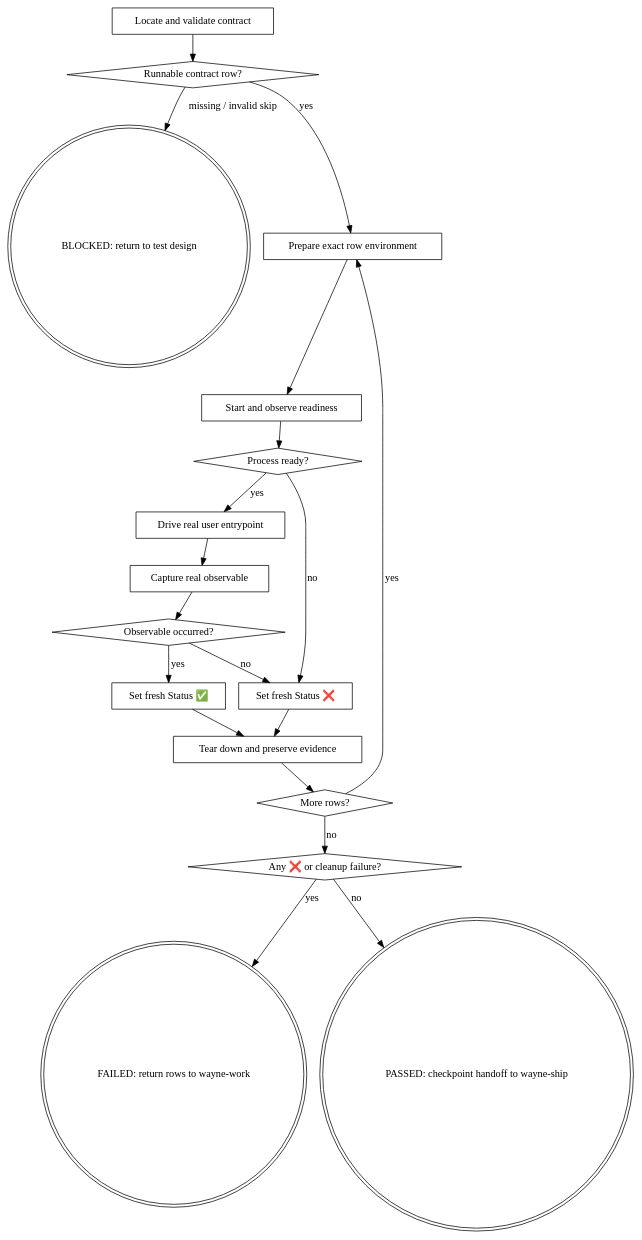
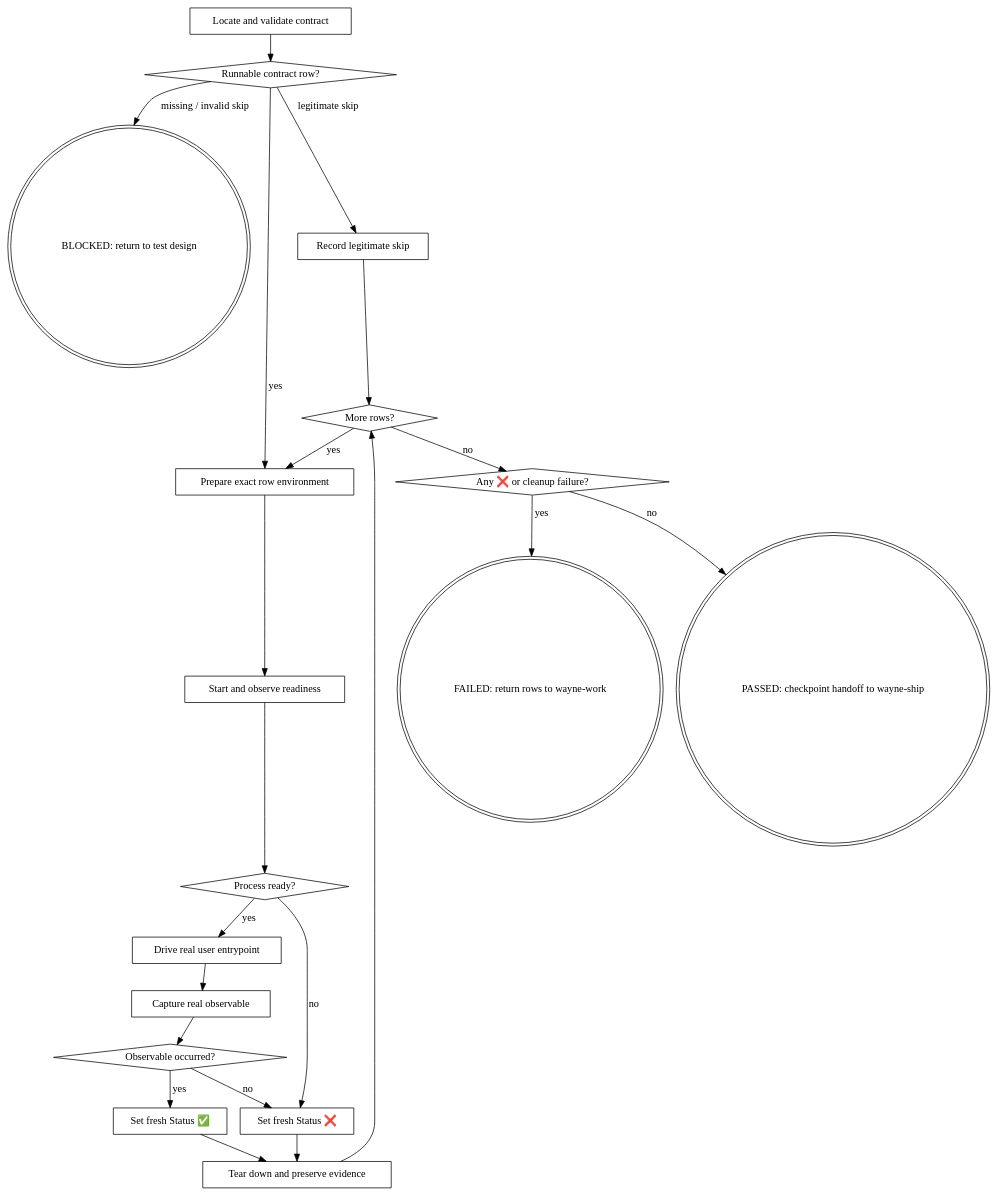
The diagram in wayne-verify/SKILL.md (waynejing995/wayne-taste), drawn with Graphviz before and after one commit. The commit also changed other lines of this file and 13 other files, not shown here.

First line of the commit message:
fix:/wayne-verify - restore legitimate skip flow

````diff
--- a/wayne-verify/SKILL.md
+++ b/wayne-verify/SKILL.md
@@ -24,40 +24,43 @@
 ```dot
 digraph verify {
     rankdir=TB;
     A [label="Locate and validate contract", shape=box];
     B [label="Runnable contract row?", shape=diamond];
     X [label="BLOCKED: return to test design", shape=doublecircle];
+    K [label="Record legitimate skip", shape=box];
     C [label="Prepare exact row environment", shape=box];
     D [label="Start and observe readiness", shape=box];
     E [label="Process ready?", shape=diamond];
     F [label="Drive real user entrypoint", shape=box];
     G [label="Capture real observable", shape=box];
     H [label="Observable occurred?", shape=diamond];
     P [label="Set fresh Status ✅", shape=box];
     N [label="Set fresh Status ❌", shape=box];
     T [label="Tear down and preserve evidence", shape=box];
     M [label="More rows?", shape=diamond];
     Q [label="Any ❌ or cleanup failure?", shape=diamond];
     W [label="FAILED: return rows to wayne-work", shape=doublecircle];
     S [label="PASSED: checkpoint handoff to wayne-ship", shape=doublecircle];
 
     A -> B;
     B -> X [label="missing / invalid skip"];
+    B -> K [label="legitimate skip"];
     B -> C [label="yes"];
+    K -> M;
     C -> D;
     D -> E;
     E -> N [label="no"];
     E -> F [label="yes"];
     F -> G;
     G -> H;
     H -> P [label="yes"];
     H -> N [label="no"];
     P -> T;
     N -> T;
     T -> M;
     M -> C [label="yes"];
     M -> Q [label="no"];
     Q -> W [label="yes"];
     Q -> S [label="no"];
 }
 ```
````
